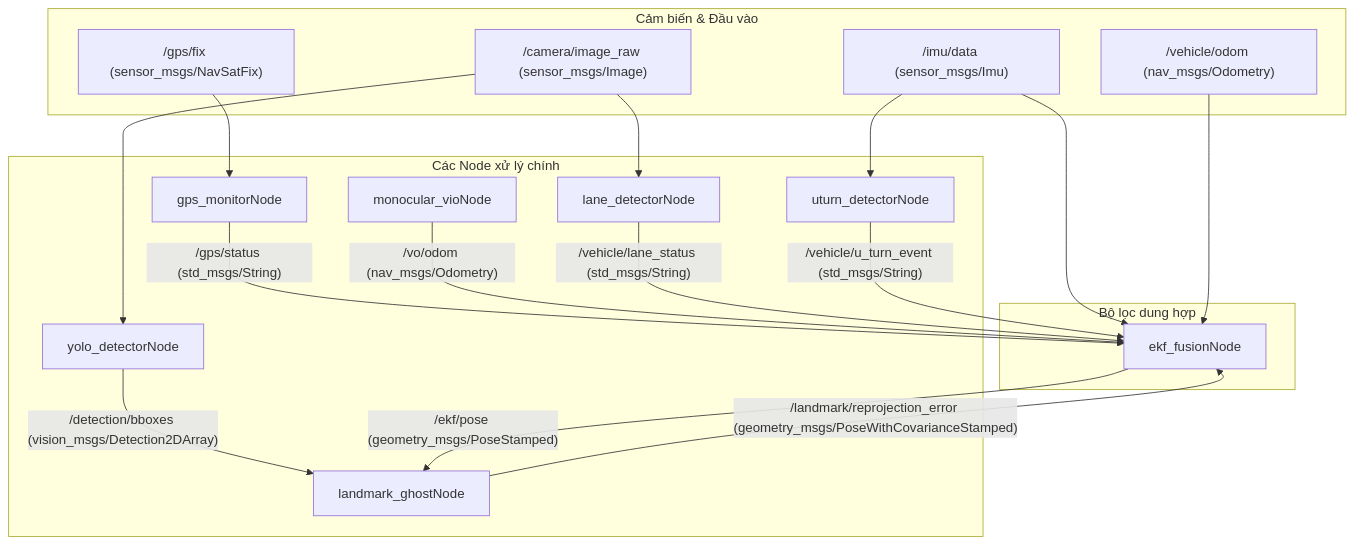
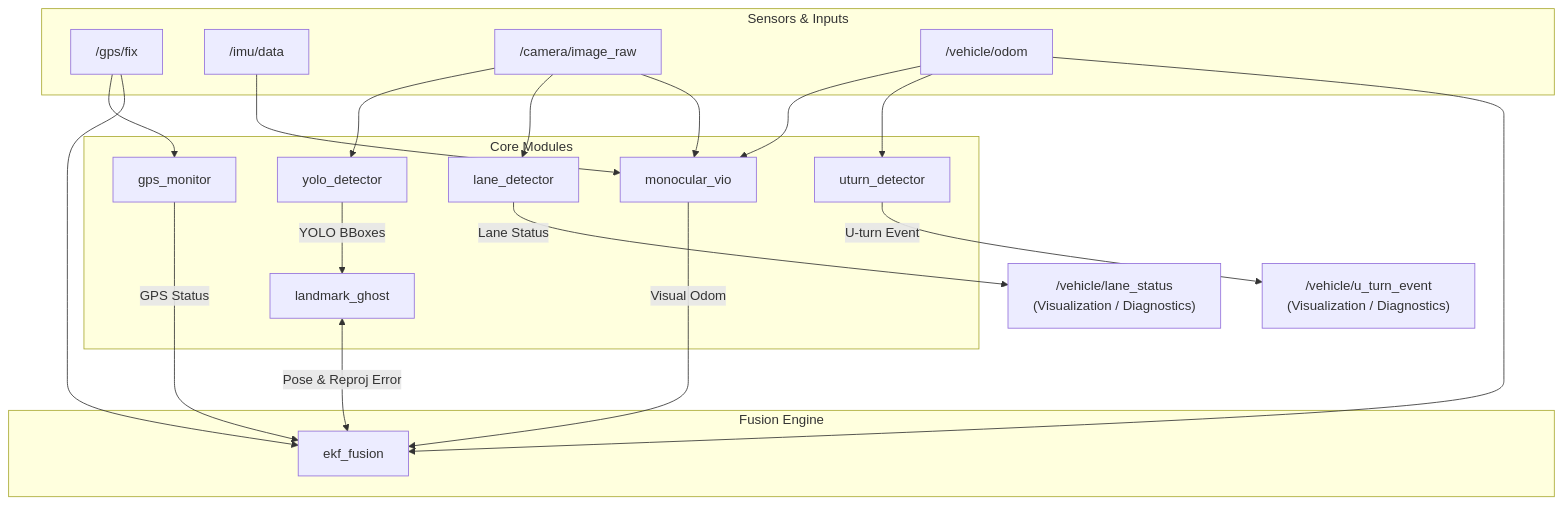
One commit to DuyLeTran/GPS-Degraded-Localization changed the first of 2 diagrams in README.md. Above: the diagram before and after it, drawn with Mermaid. The commit also changed other lines of this file and 1 other file, not shown here.

````diff
--- a/README.md
+++ b/README.md
@@ -13,37 +20,45 @@
 ```mermaid
 graph TD
-    subgraph Sensors & Inputs [Cảm biến & Đầu vào]
-        A["/gps/fix (sensor_msgs/NavSatFix)"]
-        B["/imu/data (sensor_msgs/Imu)"]
-        C["/camera/image_raw (sensor_msgs/Image)"]
-        Odom["/vehicle/odom (nav_msgs/Odometry)"]
+    subgraph Sensors_Inputs ["Sensors & Inputs"]
+        A["/gps/fix"]
+        B["/imu/data"]
+        C["/camera/image_raw"]
+        Odom["/vehicle/odom"]
     end
 
-    subgraph Core Processing Modules [Các Node xử lý chính]
-        D["gps_monitorNode"]
-        E["yolo_detectorNode"]
-        F["lane_detectorNode"]
-        G["uturn_detectorNode"]
-        H["landmark_ghostNode"]
-        VIO["monocular_vioNode"]
+    subgraph Core_Processing_Modules ["Core Modules"]
+        D["gps_monitor"]
+        E["yolo_detector"]
+        F["lane_detector"]
+        G["uturn_detector"]
+        H["landmark_ghost"]
+        VIO["monocular_vio"]
     end
 
-    subgraph Fusion Engine [Bộ lọc dung hợp]
-        I["ekf_fusionNode"]
+    subgraph Fusion_Engine ["Fusion Engine"]
+        I["ekf_fusion"]
     end
 
+    %% Sensors to Core Modules
     A --> D
-    D -->|"/gps/status (std_msgs/String)"| I
+    A --> I
+    B --> VIO
     C --> E
     C --> F
-    B --> G
-    B --> I
+    C --> VIO
+    Odom --> VIO
+    Odom --> G
     Odom --> I
-    VIO -->|"/vo/odom (nav_msgs/Odometry)"| I
-    E -->|"/detection/bboxes (vision_msgs/Detection2DArray)"| H
-    F -->|"/vehicle/lane_status (std_msgs/String)"| I
-    G -->|"/vehicle/u_turn_event (std_msgs/String)"| I
+
+    %% Core Modules to EKF / Ghost
+    D -->|GPS Status| I
+    VIO -->|Visual Odom| I
+    E -->|YOLO BBoxes| H
     
-    H -->|"/landmark/reprojection_error (geometry_msgs/PoseWithCovarianceStamped)"| I
-    I -->|"/ekf/pose (geometry_msgs/PoseStamped)"| H
+    %% Feedback Loop
+    H <-->|Pose & Reproj Error| I
+
+    %% Independent Output Topics
+    F -->|Lane Status| OutLane["/vehicle/lane_status<br>(Visualization / Diagnostics)"]
+    G -->|U-turn Event| OutUTurn["/vehicle/u_turn_event<br>(Visualization / Diagnostics)"]
 ```
````
